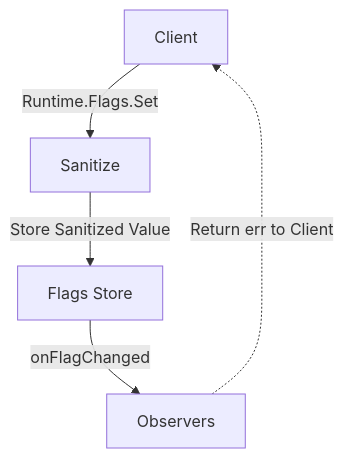
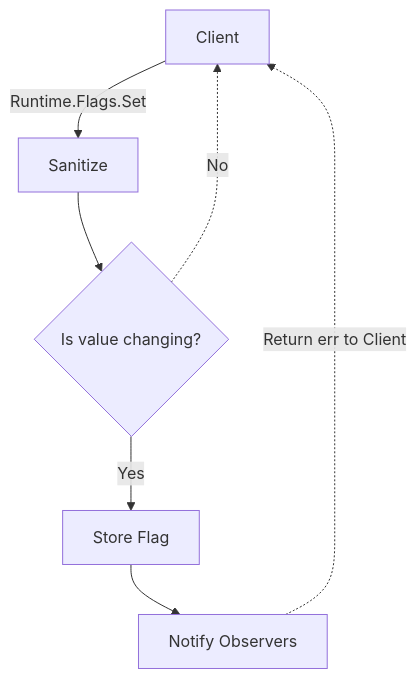
Before and after one commit to seejdev/launcher: the second of 3 diagrams in docs/architecture/runtime.md, drawn with Mermaid. The commit also changed other lines of this file, not shown here.

Commit message:
Better flowchart

````diff
--- a/docs/architecture/runtime.md
+++ b/docs/architecture/runtime.md
@@ -32,13 +32,18 @@
 ```mermaid
 flowchart TB
     A[Client]
-    B[Flags Store]
-    C[Observers]
+    B[Store Flag]
+    C[Notify Observers]
     D[Sanitize]
+    E{Is value changing?}
 
     A -->|Runtime.Flags.Set|D
-    D -->|Store Sanitized Value|B
-    B -->|onFlagChanged|C
+    D -->E
+
+    E -->|Yes| B
+    E -.->|No| A
+
+    B --> C
 
     C -.->|Return err to Client| A
 ```
````
